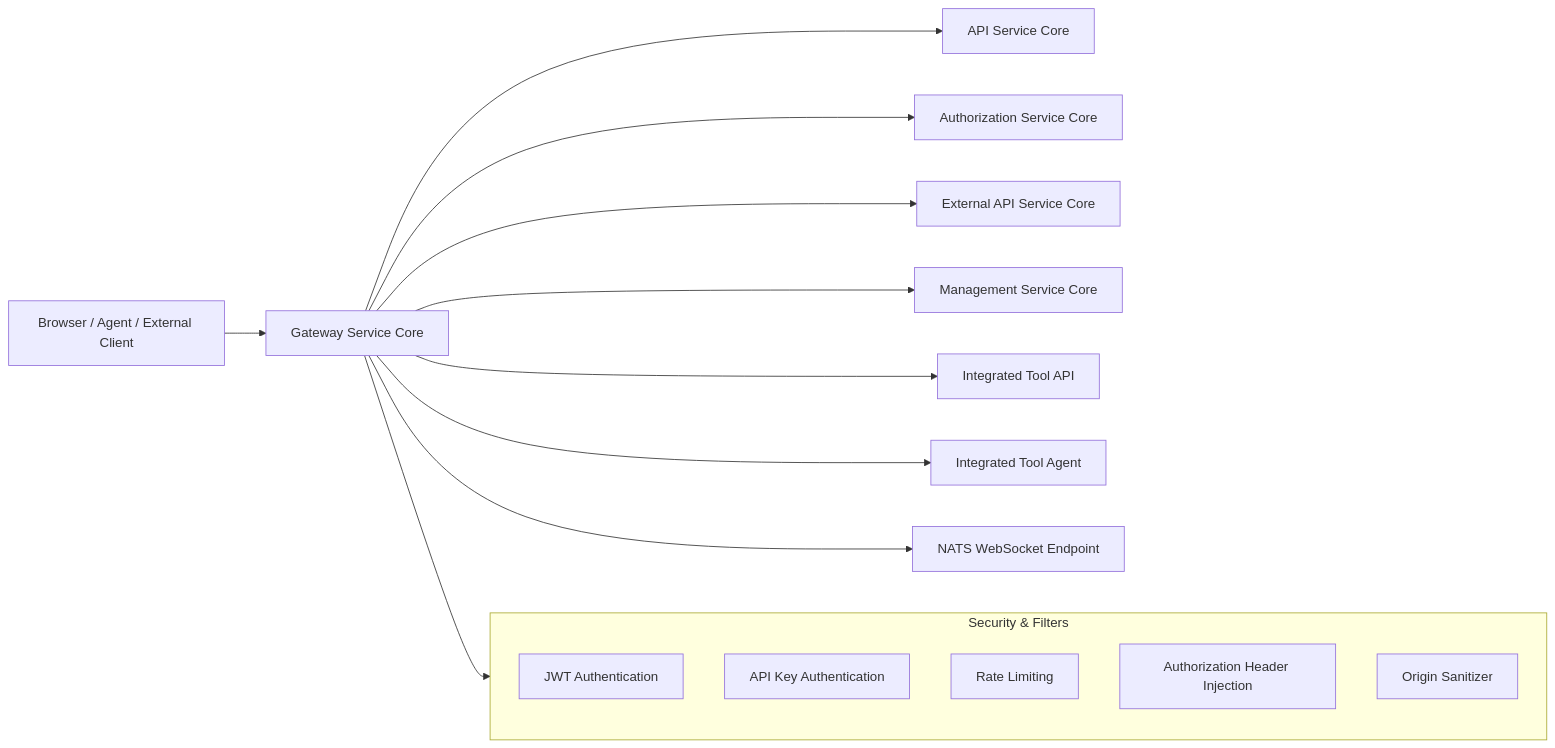
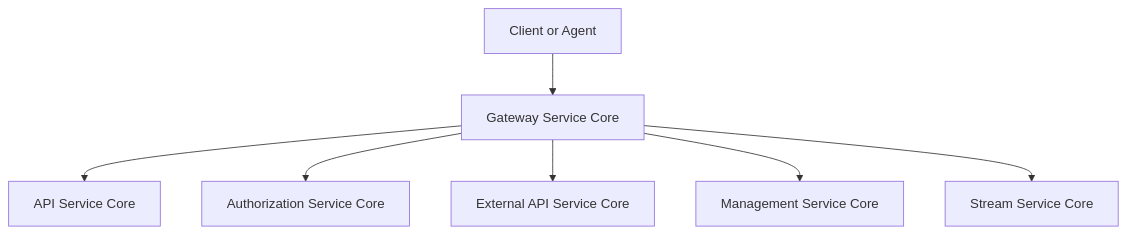
One commit to Praesto-Pro/openframe-oss-tenant changed the first of 8 diagrams in docs/architecture/gateway-service-core/gateway-service-core.md. Above: the diagram before and after it, drawn with Mermaid. The commit also changed other lines of this file and 149 other files, not shown here.

````diff
--- a/docs/architecture/gateway-service-core/gateway-service-core.md
+++ b/docs/architecture/gateway-service-core/gateway-service-core.md
@@ -29,22 +21,10 @@
 ```mermaid
-flowchart LR
-    Client["Browser / Agent / External Client"] --> Gateway["Gateway Service Core"]
+flowchart TD
+    Client["Client or Agent"] --> Gateway["Gateway Service Core"]
 
     Gateway --> ApiService["API Service Core"]
     Gateway --> AuthService["Authorization Service Core"]
     Gateway --> ExternalApi["External API Service Core"]
-    Gateway --> ManagementService["Management Service Core"]
-    Gateway --> ToolApi["Integrated Tool API"]
-    Gateway --> ToolAgent["Integrated Tool Agent"]
-    Gateway --> Nats["NATS WebSocket Endpoint"]
-
-    subgraph SecurityLayer["Security & Filters"]
-        JwtAuth["JWT Authentication"]
-        ApiKeyAuth["API Key Authentication"]
-        RateLimit["Rate Limiting"]
-        HeaderFilter["Authorization Header Injection"]
-        OriginFilter["Origin Sanitizer"]
-    end
-
-    Gateway --> SecurityLayer
+    Gateway --> Management["Management Service Core"]
+    Gateway --> Stream["Stream Service Core"]
 ```
````
